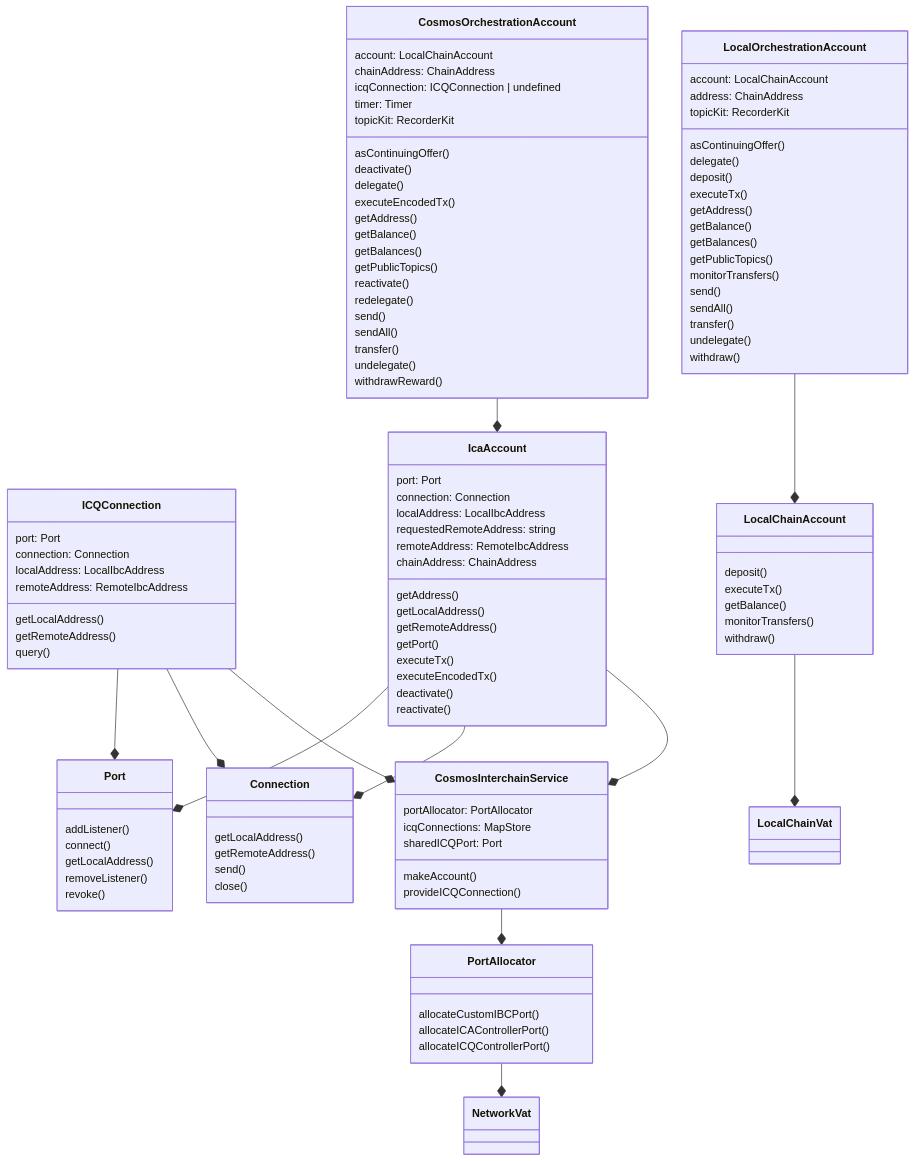
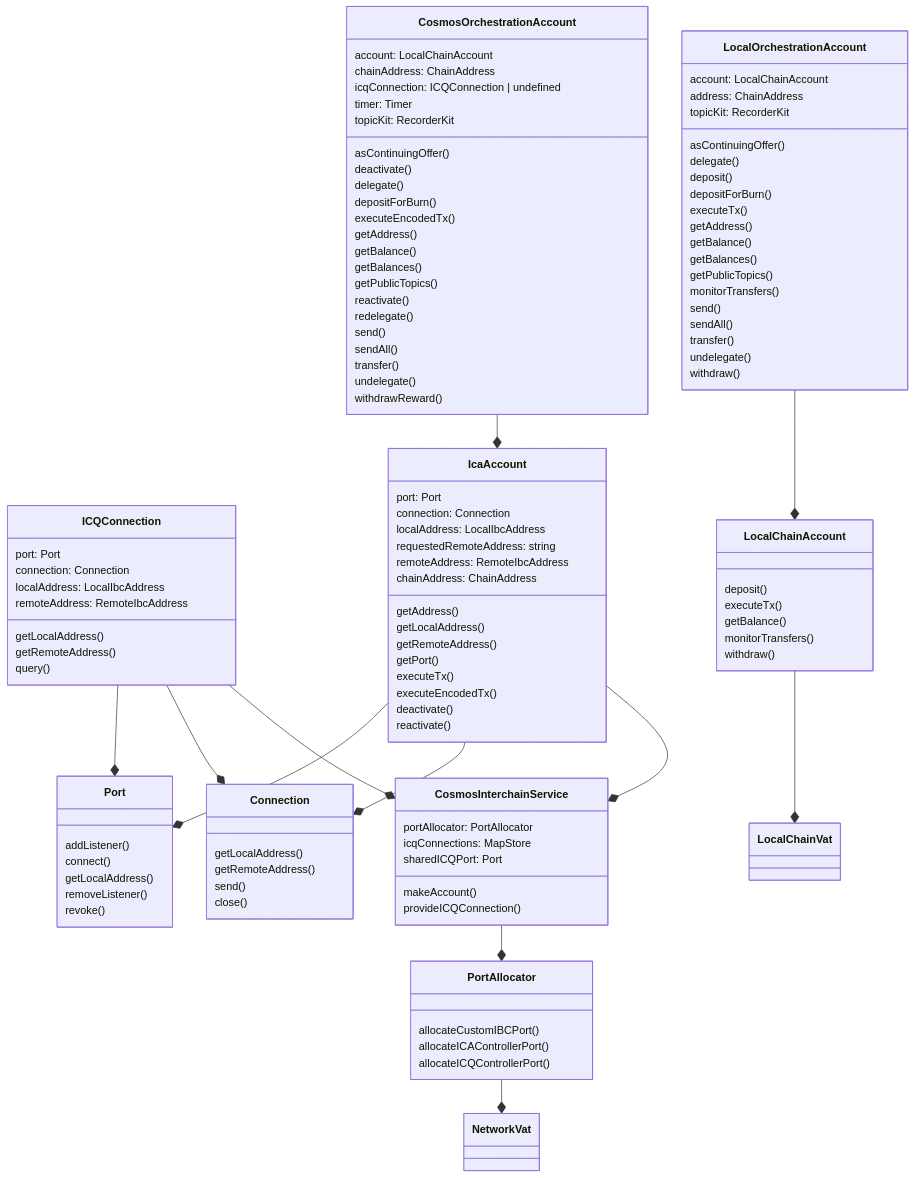
One commit to Agoric/agoric-sdk changed the diagram in packages/orchestration/src/exos/README.md. Above: the diagram before and after it, drawn with Mermaid. The commit also changed 4 other files, not shown here.

Commit message:
test: test depositForBurn via Noble

```diff
--- a/packages/orchestration/src/exos/README.md
+++ b/packages/orchestration/src/exos/README.md
@@ -92,6 +92,7 @@
       asContinuingOffer()
       delegate()
       deposit()
+      depositForBurn()
       executeTx()
       getAddress()
       getBalance()
@@ -114,6 +115,7 @@
       asContinuingOffer()
       deactivate()
       delegate()
+      depositForBurn()
       executeEncodedTx()
       getAddress()
       getBalance()
```
